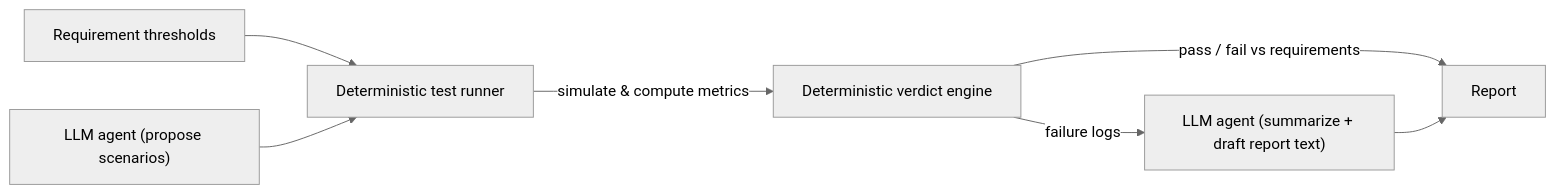
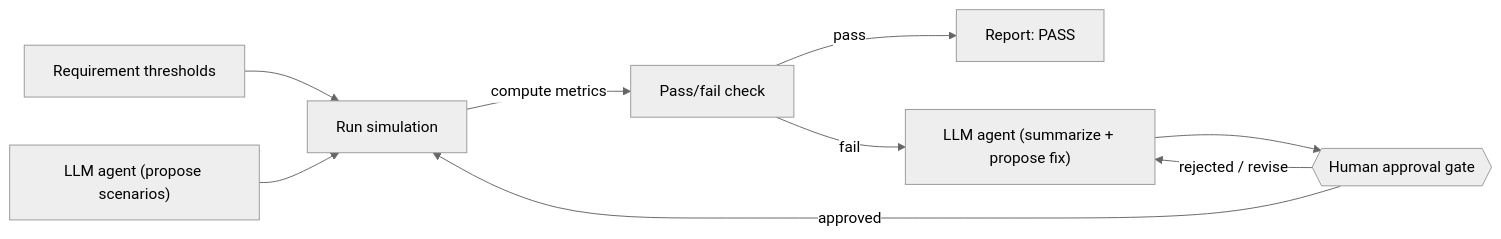
One commit to yumina0616/quadrotor-gnc-stack changed the diagram in README.md. Above: the diagram before and after it, drawn with Mermaid (neutral theme). The commit also changed other lines of this file and 1 other file, not shown here.

````diff
--- a/README.md
+++ b/README.md
@@ -56,9 +77,11 @@
 ```mermaid
 flowchart LR
-    A[Requirement thresholds] --> D[Deterministic test runner]
+    A[Requirement thresholds] --> D[Run simulation]
     B["LLM agent (propose scenarios)"] --> D
-    D -->|simulate & compute metrics| E[Deterministic verdict engine]
-    E -->|pass / fail vs requirements| F[Report]
-    E -->|failure logs| C["LLM agent (summarize + draft report text)"]
-    C --> F
+    D -->|compute metrics| E[Pass/fail check]
+    E -->|pass| F[Report: PASS]
+    E -->|fail| C["LLM agent (summarize + propose fix)"]
+    C --> G{{Human approval gate}}
+    G -->|approved| D
+    G -->|rejected / revise| C
 ```
````
